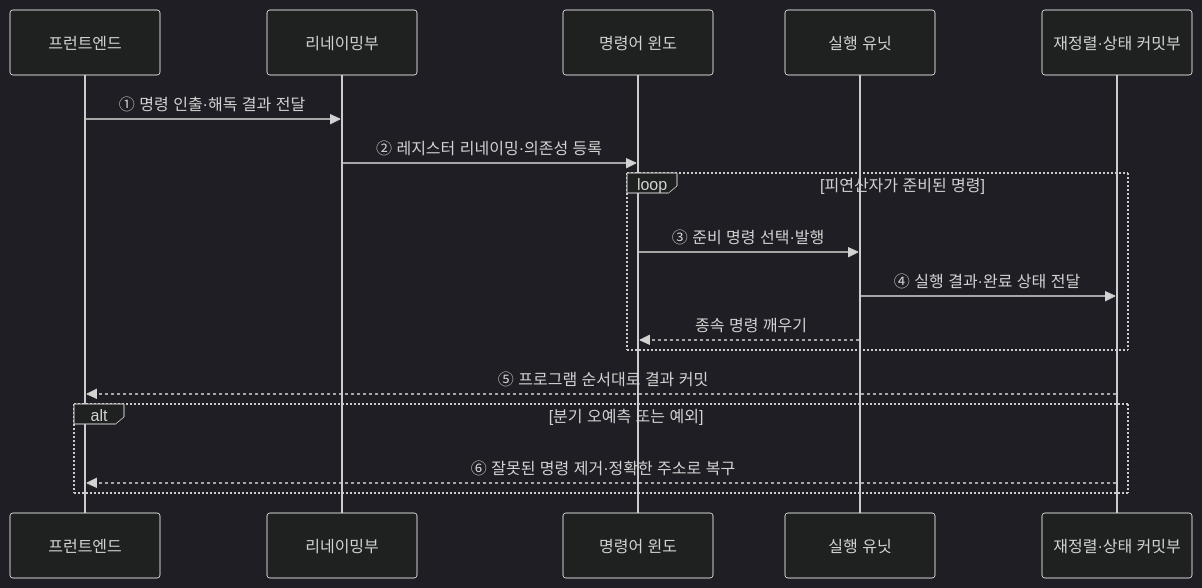
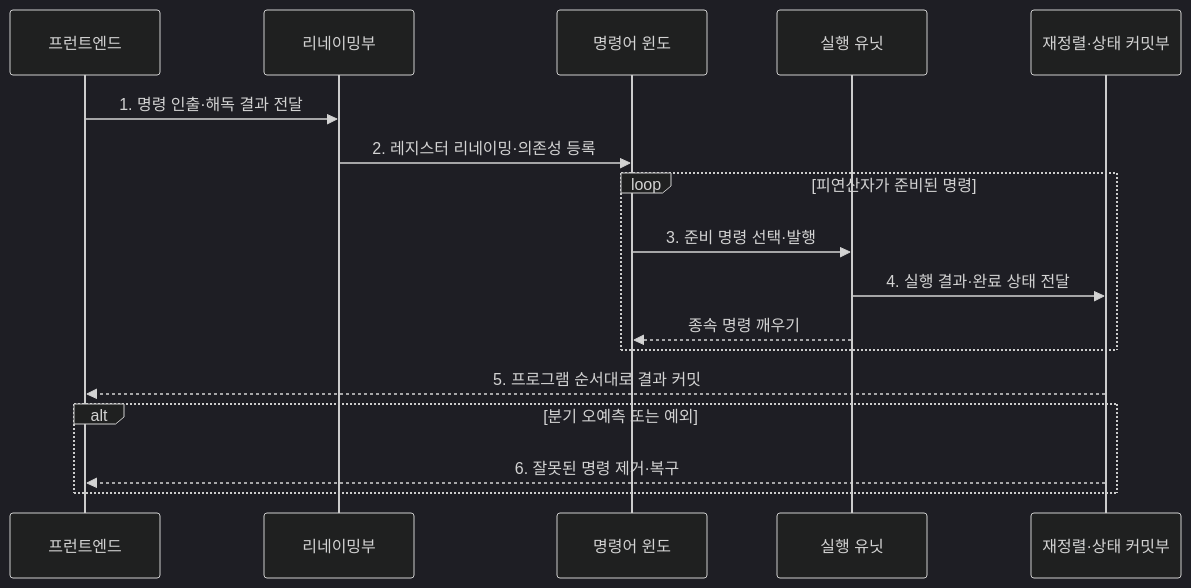
One commit to agnusdei1207/knowledge-base changed the second of 2 diagrams in src/content/docs/notes/02-hardware/009_instruction_level_parallelism.md. Above: the diagram before and after it, drawn with Mermaid (dark theme). The commit also changed other lines of this file and 20 other files, not shown here.

````diff
--- a/src/content/docs/notes/02-hardware/009_instruction_level_parallelism.md
+++ b/src/content/docs/notes/02-hardware/009_instruction_level_parallelism.md
@@ -89,20 +97,20 @@
 ```mermaid
 sequenceDiagram
     participant F as 프런트엔드
     participant N as 리네이밍부
     participant W as 명령어 윈도
     participant E as 실행 유닛
     participant C as 재정렬·상태 커밋부
 
-    F->>N: ① 명령 인출·해독 결과 전달
-    N->>W: ② 레지스터 리네이밍·의존성 등록
+    F->>N: 1. 명령 인출·해독 결과 전달
+    N->>W: 2. 레지스터 리네이밍·의존성 등록
     loop 피연산자가 준비된 명령
-        W->>E: ③ 준비 명령 선택·발행
-        E->>C: ④ 실행 결과·완료 상태 전달
+        W->>E: 3. 준비 명령 선택·발행
+        E->>C: 4. 실행 결과·완료 상태 전달
         E-->>W: 종속 명령 깨우기
     end
-    C-->>F: ⑤ 프로그램 순서대로 결과 커밋
+    C-->>F: 5. 프로그램 순서대로 결과 커밋
     alt 분기 오예측 또는 예외
-        C-->>F: ⑥ 잘못된 명령 제거·정확한 주소로 복구
+        C-->>F: 6. 잘못된 명령 제거·복구
     end
 ```
````
